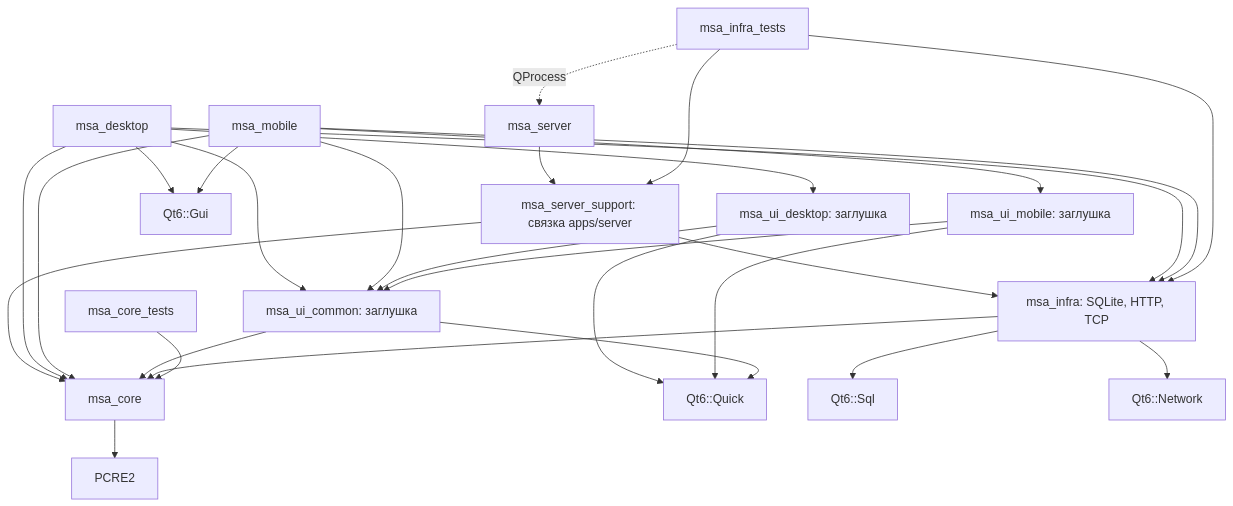
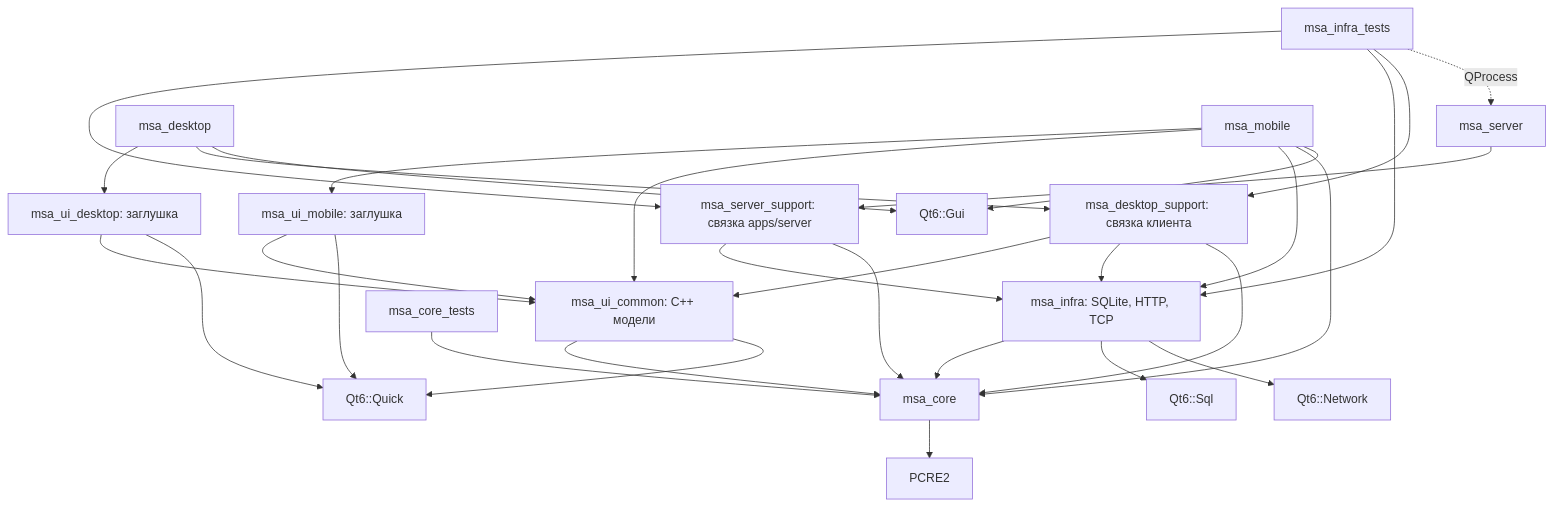
One commit to TasFoma/MySuperAssistant changed the first of 2 diagrams in docs/architecture.md. Above: the diagram before and after it, drawn with Mermaid. The commit also changed other lines of this file and 25 other files, not shown here.

````diff
--- a/docs/architecture.md
+++ b/docs/architecture.md
@@ -45,30 +48,32 @@
 ```mermaid
 flowchart TD
     server[msa_server] --> support[msa_server_support: связка apps/server]
     support --> infra[msa_infra: SQLite, HTTP, TCP]
     support --> core[msa_core]
     desktop[msa_desktop] --> desktopUI[msa_ui_desktop: заглушка]
-    desktop --> common[msa_ui_common: заглушка]
-    desktop --> infra
-    desktop --> core
+    desktop --> desktopSupport[msa_desktop_support: связка клиента]
+    desktopSupport --> common[msa_ui_common: C++ модели]
+    desktopSupport --> infra
+    desktopSupport --> core
     desktop --> gui[Qt6::Gui]
     mobile[msa_mobile] --> mobileUI[msa_ui_mobile: заглушка]
     mobile --> common
     mobile --> infra
     mobile --> core
     mobile --> gui
     desktopUI --> common
     desktopUI --> quick[Qt6::Quick]
     mobileUI --> common
     mobileUI --> quick
     common --> core
     common --> quick
     infra --> core
     infra --> sql[Qt6::Sql]
     infra --> network[Qt6::Network]
     core --> pcre[PCRE2]
     coreTests[msa_core_tests] --> core
     infraTests[msa_infra_tests] --> support
     infraTests --> infra
+    infraTests --> desktopSupport
     infraTests -. QProcess .-> server
 ```
````
